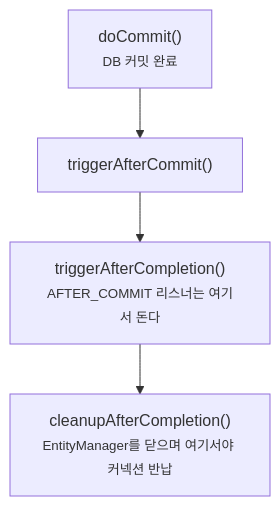
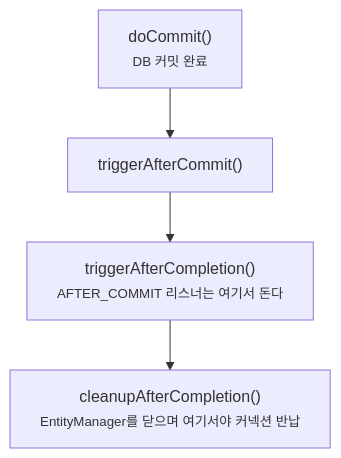
The fourth of 4 diagrams in src/content/blog/pool-size-and-alert-threshold.md (oownahcohc/oownahcohc.github.io), drawn with Mermaid before and after one commit. The commit also changed other lines of this file and 1 other file, not shown here.

````diff
--- a/src/content/blog/pool-size-and-alert-threshold.md
+++ b/src/content/blog/pool-size-and-alert-threshold.md
@@ -315,6 +315,7 @@
 ```mermaid
+%%{init: {"flowchart": {"wrappingWidth": 280}}}%%
 flowchart TB
     A["doCommit()<br/><small>DB 커밋 완료</small>"] --> B["triggerAfterCommit()"]
     B --> C["triggerAfterCompletion()<br/><small>AFTER_COMMIT 리스너는 여기서 돈다</small>"]
     C --> D["cleanupAfterCompletion()<br/><small>EntityManager를 닫으며 여기서야 커넥션 반납</small>"]
 ```
````
